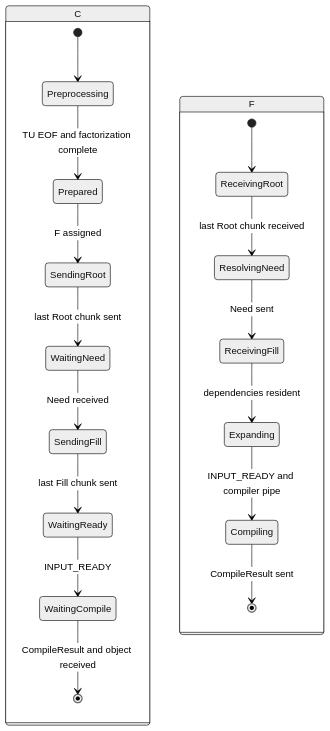
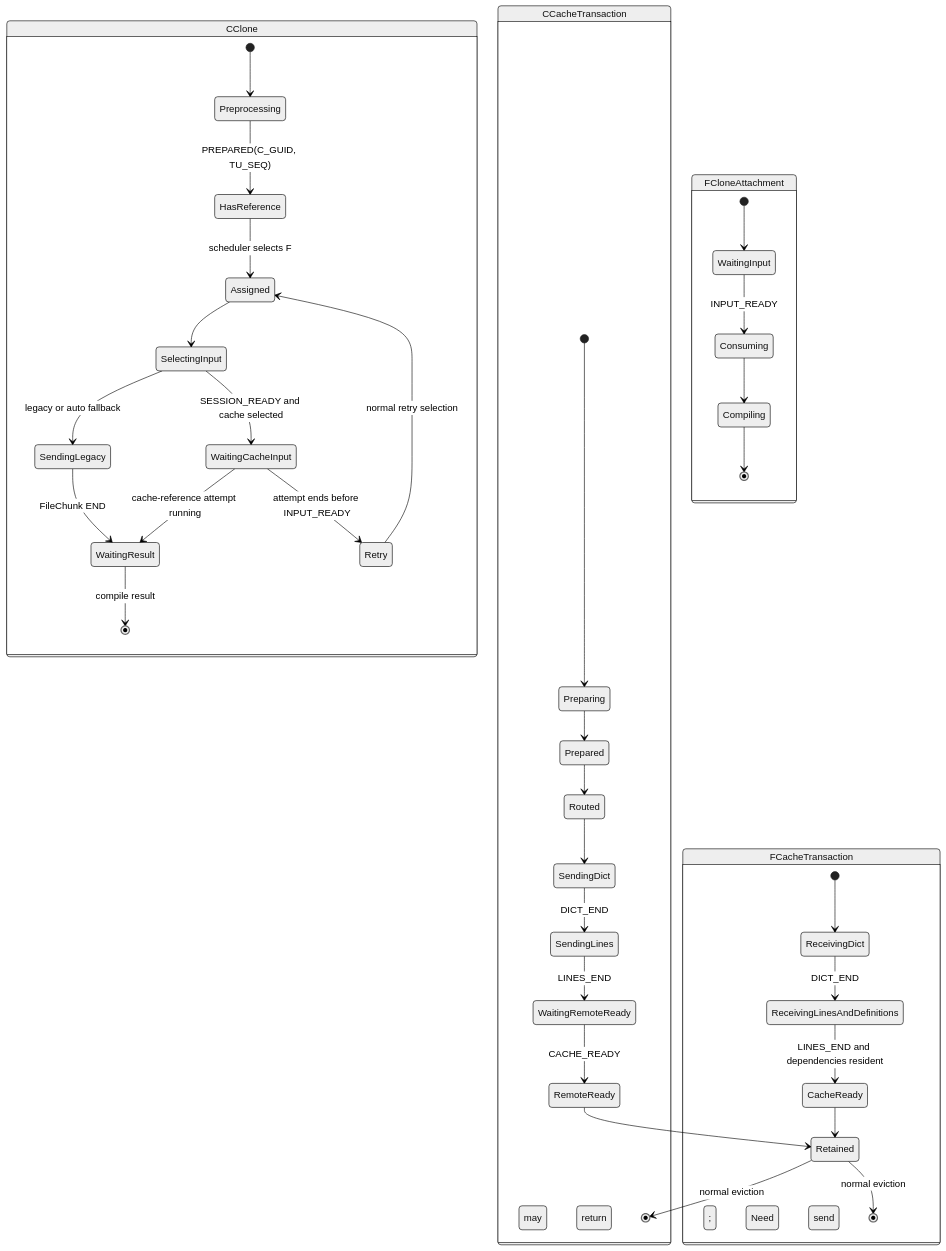
The second of 2 diagrams in capability/distribution/ICECREAM-REAL-TRANSFER-ARCHITECTURE.md (mickg10/icecream), drawn with Mermaid (neutral theme) before and after one commit. The commit also changed other lines of this file, not shown here.

Commit message:
Specify protocol 50 implementation architecture

````diff
--- a/capability/distribution/ICECREAM-REAL-TRANSFER-ARCHITECTURE.md
+++ b/capability/distribution/ICECREAM-REAL-TRANSFER-ARCHITECTURE.md
@@ -501,22 +1142,43 @@
 ```mermaid
 stateDiagram-v2
-  state C {
+  state CClone {
     [*] --> Preprocessing
-    Preprocessing --> Prepared: TU EOF and factorization complete
-    Prepared --> SendingRoot: F assigned
-    SendingRoot --> WaitingNeed: last Root chunk sent
-    WaitingNeed --> SendingFill: Need received
-    SendingFill --> WaitingReady: last Fill chunk sent
-    WaitingReady --> WaitingCompile: INPUT_READY
-    WaitingCompile --> [*]: CompileResult and object received
+    Preprocessing --> HasReference: PREPARED(C_GUID, TU_SEQ)
+    HasReference --> Assigned: scheduler selects F
+    Assigned --> SelectingInput
+    SelectingInput --> SendingLegacy: legacy or auto fallback
+    SelectingInput --> WaitingCacheInput: SESSION_READY and cache selected
+    SendingLegacy --> WaitingResult: FileChunk END
+    WaitingCacheInput --> WaitingResult: cache-reference attempt running
+    WaitingCacheInput --> Retry: attempt ends before INPUT_READY
+    Retry --> Assigned: normal retry selection
+    WaitingResult --> [*]: compile result
   }
 
-  state F {
-    [*] --> ReceivingRoot
-    ReceivingRoot --> ResolvingNeed: last Root chunk received
-    ResolvingNeed --> ReceivingFill: Need sent
-    ReceivingFill --> Expanding: dependencies resident
-    Expanding --> Compiling: INPUT_READY and compiler pipe
-    Compiling --> [*]: CompileResult sent
+  state CCacheTransaction {
+    [*] --> Preparing
+    Preparing --> Prepared
+    Prepared --> Routed
+    Routed --> SendingDict
+    SendingDict --> SendingLines: DICT_END; Need may return
+    SendingLines --> WaitingRemoteReady: LINES_END
+    WaitingRemoteReady --> RemoteReady: CACHE_READY
+    RemoteReady --> Retained
+    Retained --> [*]: normal eviction
+  }
+
+  state FCacheTransaction {
+    [*] --> ReceivingDict
+    ReceivingDict --> ReceivingLinesAndDefinitions: DICT_END; send Need
+    ReceivingLinesAndDefinitions --> CacheReady: LINES_END and dependencies resident
+    CacheReady --> Retained
+    Retained --> [*]: normal eviction
+  }
+
+  state FCloneAttachment {
+    [*] --> WaitingInput
+    WaitingInput --> Consuming: INPUT_READY
+    Consuming --> Compiling
+    Compiling --> [*]
   }
 ```
````
